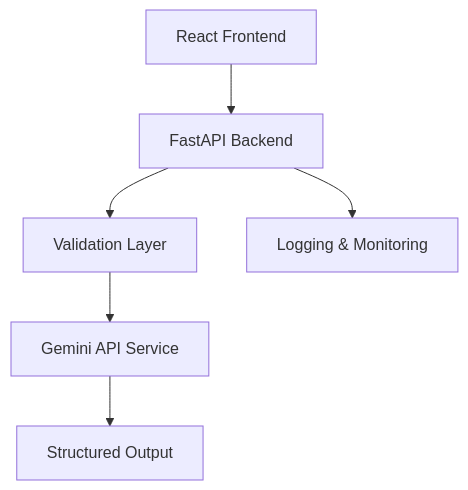
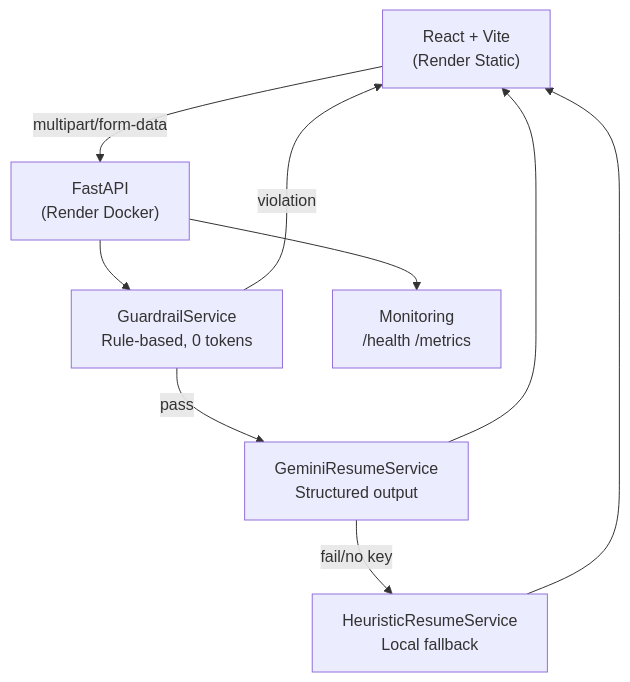
Before and after one commit to ppradyoth/llm-ops-workshop: the diagram in docs/project_explainer.md, drawn with Mermaid. The commit also changed other lines of this file and 8 other files, not shown here.

````diff
--- a/docs/project_explainer.md
+++ b/docs/project_explainer.md
@@ -18,8 +31,18 @@
 ```mermaid
 flowchart TD
-  FE["React Frontend"] --> API["FastAPI Backend"]
-  API --> VAL["Validation Layer"]
-  VAL --> AI["Gemini API Service"]
-  AI --> OUT["Structured Output"]
-  API --> LOG["Logging & Monitoring"]
+  FE["React + Vite\n(Render Static)"]
+  API["FastAPI\n(Render Docker)"]
+  GRD["GuardrailService\nRule-based, 0 tokens"]
+  GEM["GeminiResumeService\nStructured output"]
+  HEU["HeuristicResumeService\nLocal fallback"]
+  MON["Monitoring\n/health /metrics"]
+
+  FE -->|"multipart/form-data"| API
+  API --> GRD
+  GRD -->|pass| GEM
+  GRD -->|violation| FE
+  GEM -->|fail/no key| HEU
+  GEM --> FE
+  HEU --> FE
+  API --> MON
 ```
````
